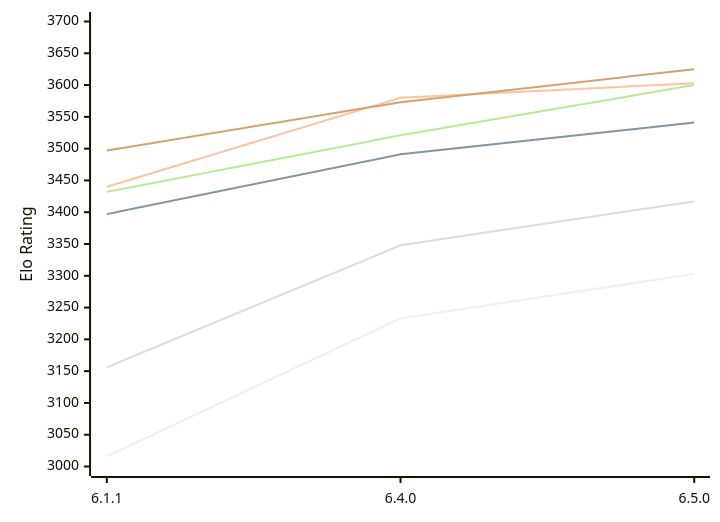
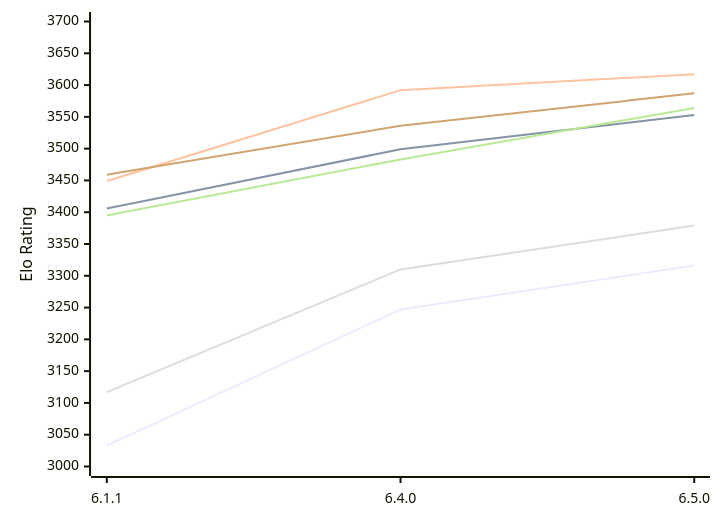
The first of 2 diagrams in engines/Zigqueen.md (computer-chess-index/cci), drawn with Mermaid before and after one commit. The commit also changed other lines of this file, not shown here.

Commit message:
Update CCI Ratings (ELO VLTC) - 2026-11-14

````diff
--- a/engines/Zigqueen.md
+++ b/engines/Zigqueen.md
@@ -55,12 +55,12 @@
 ```mermaid
 %%{init: {"theme":"base","themeVariables":{"seriesColors:['#a3a3a3','#222221','#faa371']}}}%%
 xychart-beta
   x-axis ["6.1.1", "6.4.0", "6.5.0"]
   y-axis "Elo Rating" 3000 --> 3700
-  line "E1: STC (8.0+0.08s)" [3016, 3233, 3303]
-  line "E1: LTC (60.0+0.60s)" [3397, 3491, 3541]
-  line "E1: VLTC (2m24s+1.12s)" [3440, 3580, 3603]
-  line "P1: STC (8.0+0.08s)" [3156, 3348, 3417]
-  line "P1: LTC (60.0+0.60s)" [3432, 3521, 3600]
-  line "P1: VLTC (2m24s+1.12s)" [3497, 3573, 3625]
+  line "E1: STC (8.0+0.08s)" [3033, 3247, 3316]
+  line "E1: LTC (60.0+0.60s)" [3406, 3499, 3553]
+  line "E1: VLTC (2m24s+1.12s)" [3449, 3592, 3617]
+  line "P1: STC (8.0+0.08s)" [3117, 3310, 3379]
+  line "P1: LTC (60.0+0.60s)" [3395, 3483, 3564]
+  line "P1: VLTC (2m24s+1.12s)" [3459, 3536, 3587]
 ```
````
